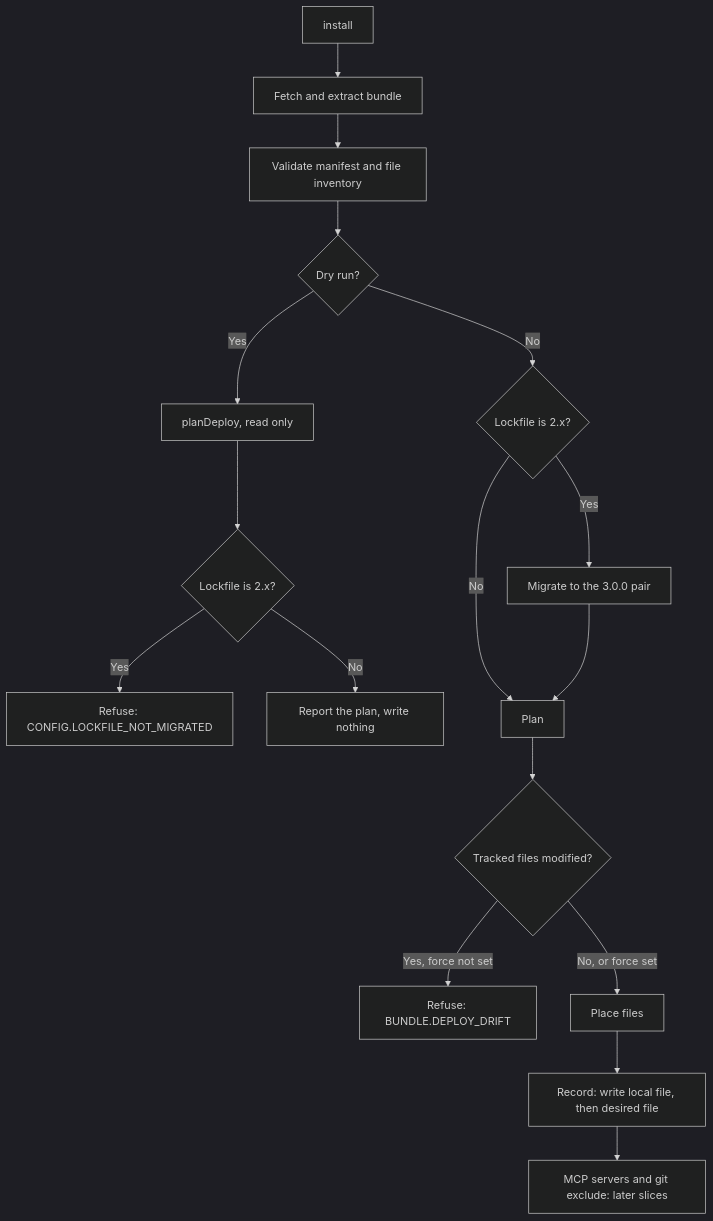
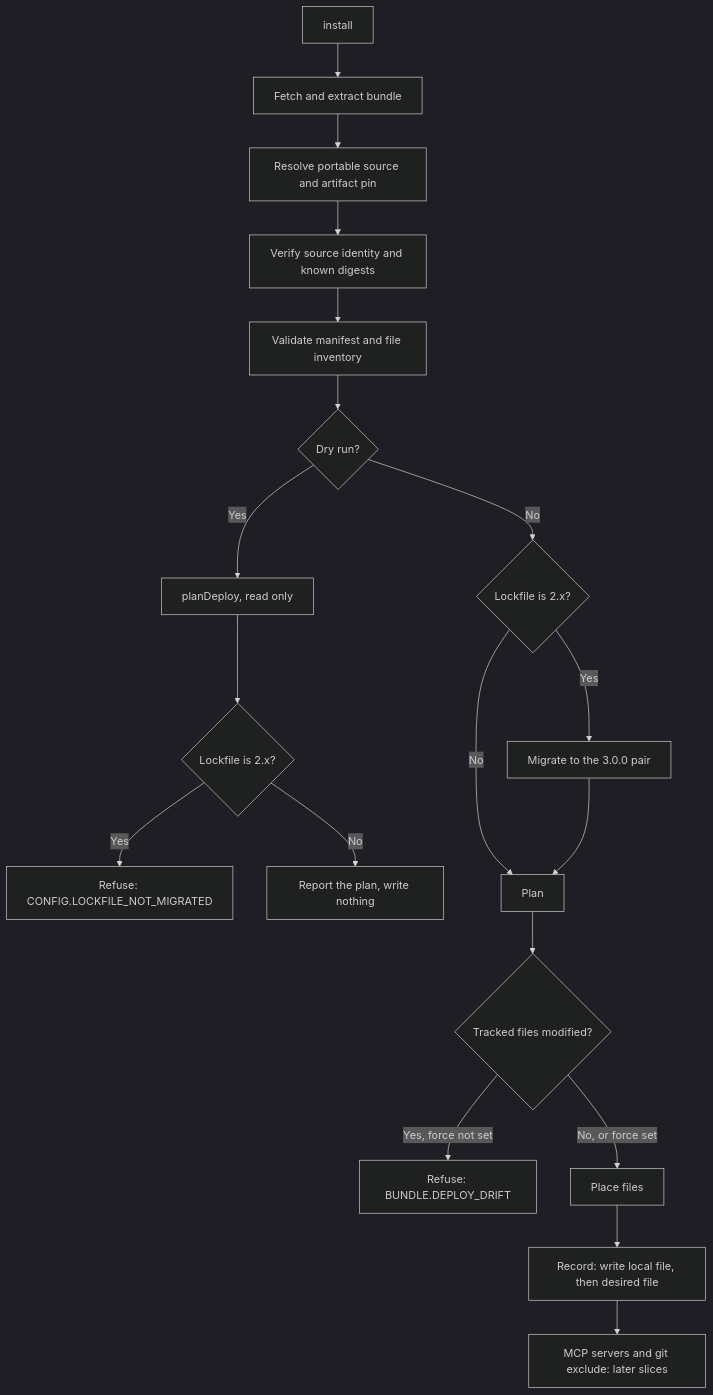
One commit to gblanc-1a/prompt-registry changed the second of 8 diagrams in docs/contributor-guide/architecture/installation-flow.md. Above: the diagram before and after it, drawn with Mermaid (dark theme). The commit also changed other lines of this file and 34 other files, not shown here.

Commit message:
feat(app): deploy and replay portable bundle resolutions

````diff
--- a/docs/contributor-guide/architecture/installation-flow.md
+++ b/docs/contributor-guide/architecture/installation-flow.md
@@ -117,19 +118,21 @@
 ```mermaid
 flowchart TD
     A[install] --> B[Fetch and extract bundle]
-    B --> C[Validate manifest and file inventory]
-    C --> D{Dry run?}
-    D -->|Yes| P[planDeploy, read only]
+    B --> C[Resolve portable source and artifact pin]
+    C --> D[Verify source identity and known digests]
+    D --> E[Validate manifest and file inventory]
+    E --> F{Dry run?}
+    F -->|Yes| P[planDeploy, read only]
     P --> R{Lockfile is 2.x?}
     R -->|Yes| S[Refuse: CONFIG.LOCKFILE_NOT_MIGRATED]
     R -->|No| Q[Report the plan, write nothing]
-    D -->|No| E{Lockfile is 2.x?}
-    E -->|Yes| F[Migrate to the 3.0.0 pair]
-    E -->|No| G[Plan]
-    F --> G
-    G --> H{Tracked files modified?}
-    H -->|Yes, force not set| X[Refuse: BUNDLE.DEPLOY_DRIFT]
-    H -->|No, or force set| I[Place files]
-    I --> J[Record: write local file, then desired file]
-    J --> K[MCP servers and git exclude: later slices]
+    F -->|No| G{Lockfile is 2.x?}
+    G -->|Yes| H[Migrate to the 3.0.0 pair]
+    G -->|No| I[Plan]
+    H --> I
+    I --> J{Tracked files modified?}
+    J -->|Yes, force not set| X[Refuse: BUNDLE.DEPLOY_DRIFT]
+    J -->|No, or force set| K[Place files]
+    K --> L[Record: write local file, then desired file]
+    L --> M[MCP servers and git exclude: later slices]
 ```
````
